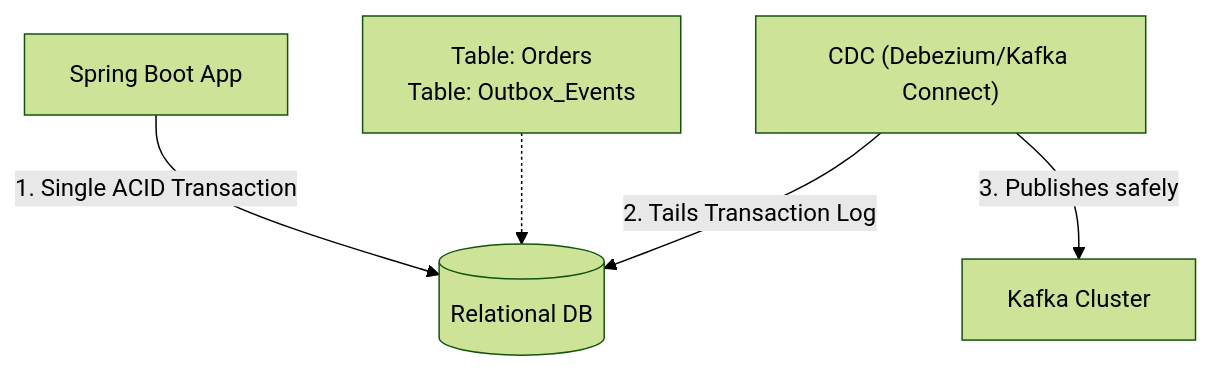
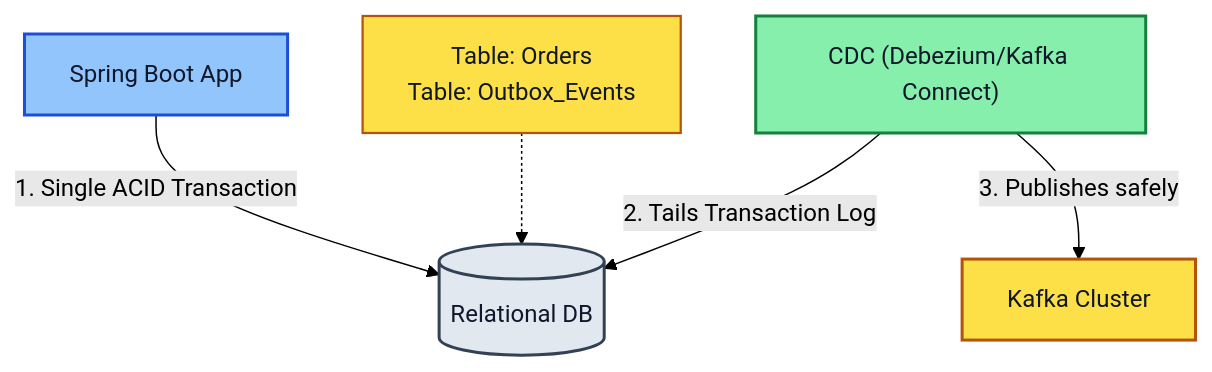
The fourth of 4 diagrams in 03-Apache-Kafka/07-Spring-Boot-Kafka-Integration-and-Patterns.md (PandeyKishan/Study-Notes), drawn with Mermaid (forest theme) before and after one commit. The commit also changed other lines of this file and 22 other files, not shown here.

Commit message:
docs: enhance diagram visibility with high-contrast palette and add concise book definitions

````diff
--- a/03-Apache-Kafka/07-Spring-Boot-Kafka-Integration-and-Patterns.md
+++ b/03-Apache-Kafka/07-Spring-Boot-Kafka-Integration-and-Patterns.md
@@ -172,12 +186,18 @@
 ```mermaid
 flowchart TD
     App["Spring Boot App"]
     DB[(Relational DB)]
     Debezium["CDC (Debezium/Kafka Connect)"]
     Kafka["Kafka Cluster"]
 
     App -->|1. Single ACID Transaction| DB
     note["Table: Orders\nTable: Outbox_Events"] -.-> DB
     Debezium -->|2. Tails Transaction Log| DB
     Debezium -->|3. Publishes safely| Kafka
+
+    style App fill:#93c5fd,stroke:#1d4ed8,stroke-width:2px,color:#0f172a
+    style DB fill:#e2e8f0,stroke:#334155,stroke-width:2px,color:#0f172a
+    style note fill:#fde047,stroke:#b45309,stroke-width:1.5px,color:#0f172a
+    style Debezium fill:#86efac,stroke:#15803d,stroke-width:2px,color:#0f172a
+    style Kafka fill:#fde047,stroke:#b45309,stroke-width:2px,color:#0f172a
 ```
````
